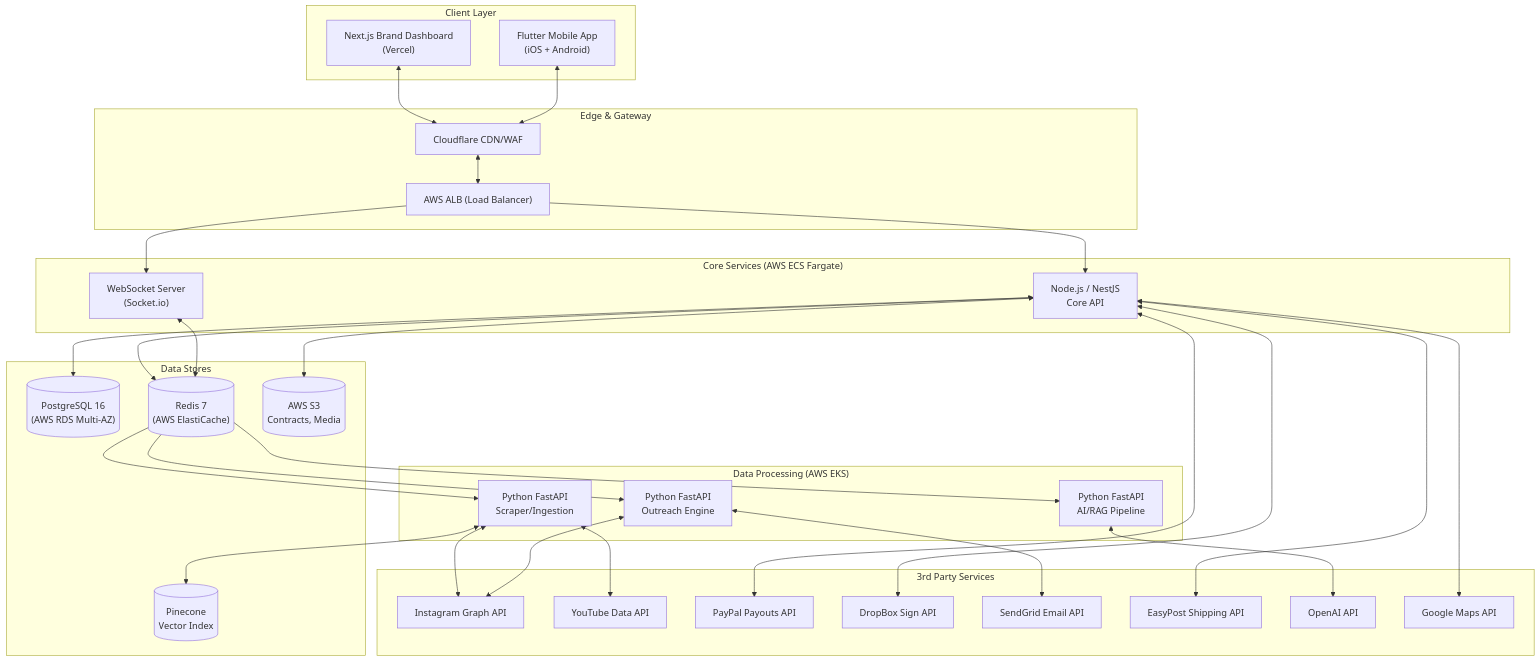
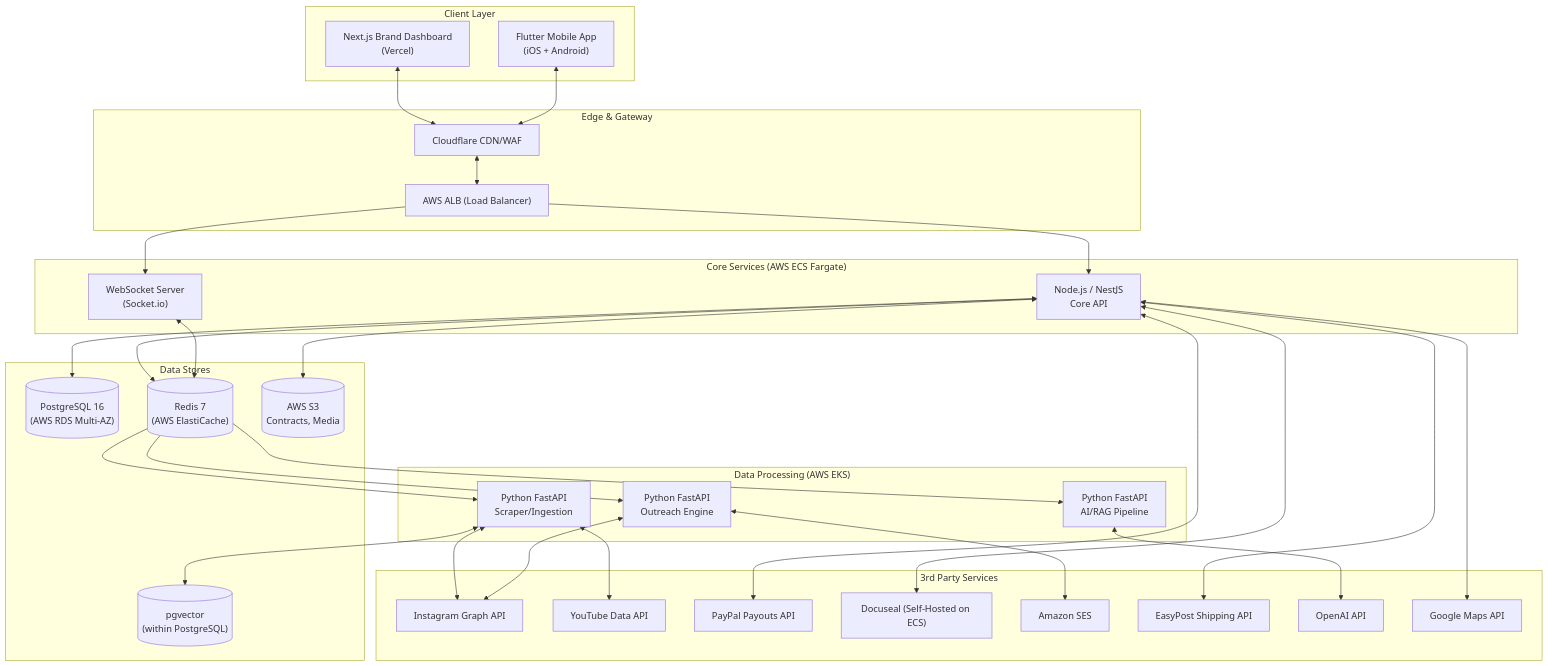
One commit to sushant18072002/ideas_docs changed the diagram in docs/03_technical_architecture.md. Above: the diagram before and after it, drawn with Mermaid. The commit also changed other lines of this file and 7 other files, not shown here.

````diff
--- a/docs/03_technical_architecture.md
+++ b/docs/03_technical_architecture.md
@@ -9,68 +9,68 @@
 ```mermaid
 graph TD
     subgraph "Client Layer"
         A["Next.js Brand Dashboard<br/>(Vercel)"]
         B["Flutter Mobile App<br/>(iOS + Android)"]
     end
 
     subgraph "Edge & Gateway"
         CF["Cloudflare CDN/WAF"]
         ALB["AWS ALB (Load Balancer)"]
     end
 
     subgraph "Core Services (AWS ECS Fargate)"
         API["Node.js / NestJS<br/>Core API"]
         WS["WebSocket Server<br/>(Socket.io)"]
     end
 
     subgraph "Data Processing (AWS EKS)"
         PY1["Python FastAPI<br/>Scraper/Ingestion"]
         PY2["Python FastAPI<br/>Outreach Engine"]
         PY3["Python FastAPI<br/>AI/RAG Pipeline"]
     end
 
     subgraph "Data Stores"
         PG[("PostgreSQL 16<br/>(AWS RDS Multi-AZ)")]
         RD[("Redis 7<br/>(AWS ElastiCache)")]
         S3[("AWS S3<br/>Contracts, Media")]
-        PC[("Pinecone<br/>Vector Index")]
+        PC[("pgvector<br/>(within PostgreSQL)")]
     end
 
     subgraph "3rd Party Services"
         IG["Instagram Graph API"]
         YT["YouTube Data API"]
         PP["PayPal Payouts API"]
-        DS["DropBox Sign API"]
-        SG["SendGrid Email API"]
+        DS["Docuseal (Self-Hosted on ECS)"]
+        SES["Amazon SES"]
         EP["EasyPost Shipping API"]
         OAI["OpenAI API"]
         GMP["Google Maps API"]
     end
 
     A <--> CF
     B <--> CF
     CF <--> ALB
     ALB --> API
     ALB --> WS
 
     API <--> PG
     API <--> RD
     API <--> S3
     API <--> PP
     API <--> DS
     API <--> EP
     API <--> GMP
 
     RD --> PY1
     RD --> PY2
     RD --> PY3
 
     PY1 <--> IG
     PY1 <--> YT
     PY1 <--> PC
-    PY2 <--> SG
+    PY2 <--> SES
     PY2 <--> IG
     PY3 <--> OAI
 
     WS <--> RD
 ```
````
